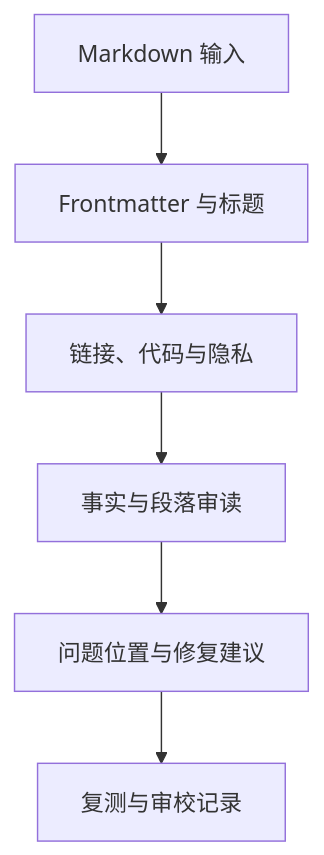
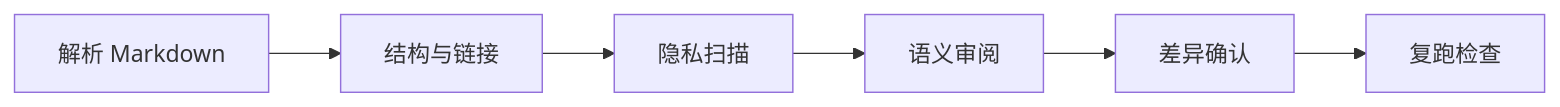
One commit to upJiang/jiang-blog-vitepress changed the diagram in docs/ai-practice/article-check-skill-practice.md. Above: the diagram before and after it, drawn with Mermaid. The commit also changed other lines of this file and 365 other files, not shown here.

````diff
--- a/docs/ai-practice/article-check-skill-practice.md
+++ b/docs/ai-practice/article-check-skill-practice.md
@@ -32,8 +47,8 @@
 ```mermaid
-flowchart TD
-  A[Markdown 输入] --> B[Frontmatter 与标题]
-  B --> C[链接、代码与隐私]
-  C --> D[事实与段落审读]
-  D --> E[问题位置与修复建议]
-  E --> F[复测与审校记录]
+flowchart LR
+  A[解析 Markdown] --> B[结构与链接]
+  B --> C[隐私扫描]
+  C --> D[语义审阅]
+  D --> E[差异确认]
+  E --> F[复跑检查]
 ```
````
